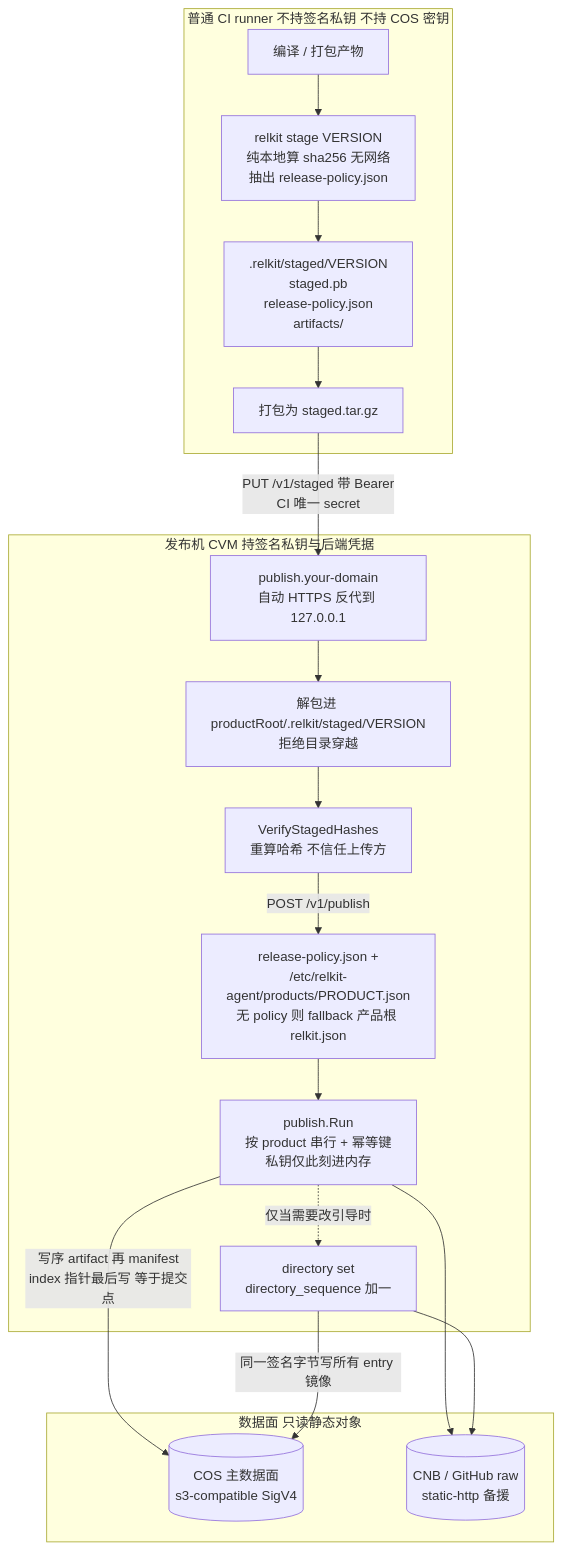
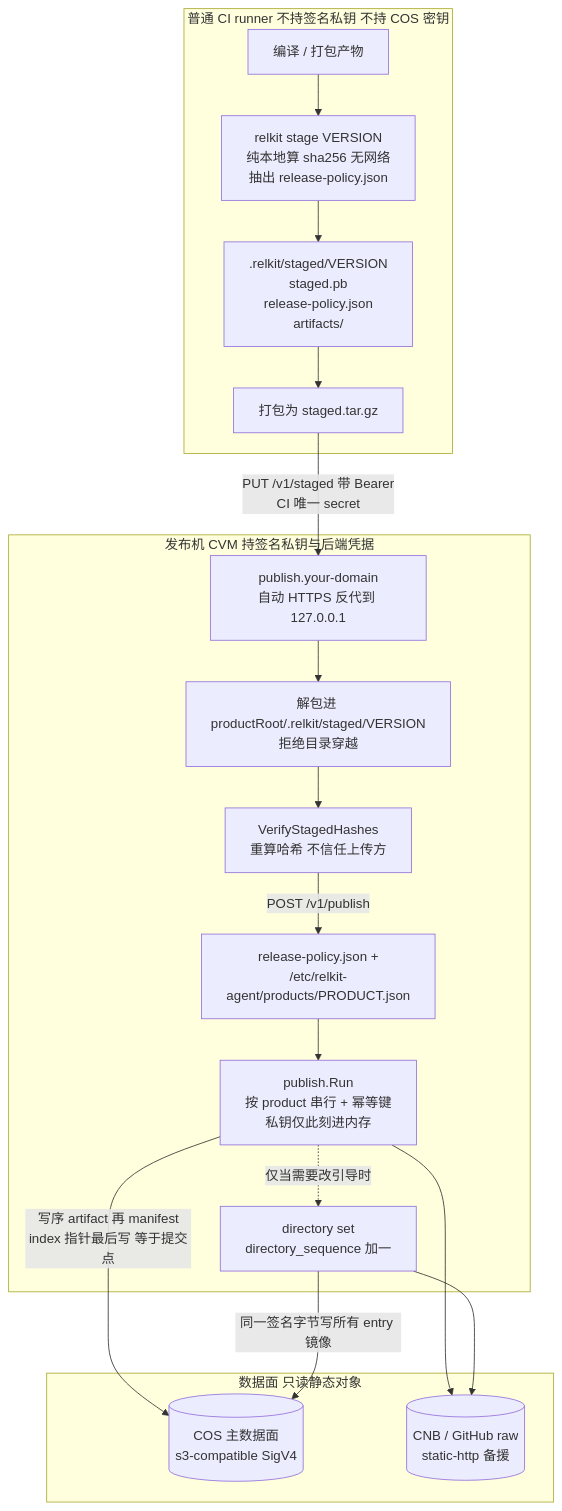
One commit to shichao402/relkit changed the first of 2 diagrams in docs/design/update-ingress-cos.md. Above: the diagram before and after it, drawn with Mermaid. The commit also changed other lines of this file and 9 other files, not shown here.

First line of the commit message:
fix(agent): require staged policy and drop product-root fallback

````diff
--- a/docs/design/update-ingress-cos.md
+++ b/docs/design/update-ingress-cos.md
@@ -79,33 +79,33 @@
 ```mermaid
 flowchart TB
   subgraph ciSide [普通 CI runner 不持签名私钥 不持 COS 密钥]
     build["编译 / 打包产物"]
     stageStep["relkit stage VERSION<br/>纯本地算 sha256 无网络<br/>抽出 release-policy.json"]
     stagedDir[".relkit/staged/VERSION<br/>staged.pb<br/>release-policy.json<br/>artifacts/"]
     packStep["打包为 staged.tar.gz"]
   end
 
   subgraph agentSide [发布机 CVM 持签名私钥与后端凭据]
     ingress["publish.your-domain<br/>自动 HTTPS 反代到 127.0.0.1"]
     unpackStep["解包进 productRoot/.relkit/staged/VERSION<br/>拒绝目录穿越"]
     verifyStep["VerifyStagedHashes<br/>重算哈希 不信任上传方"]
-    mergeStep["release-policy.json +<br/>/etc/relkit-agent/products/PRODUCT.json<br/>无 policy 则 fallback 产品根 relkit.json"]
+    mergeStep["release-policy.json +<br/>/etc/relkit-agent/products/PRODUCT.json"]
     publishStep["publish.Run<br/>按 product 串行 + 幂等键<br/>私钥仅此刻进内存"]
     directoryStep["directory set<br/>directory_sequence 加一"]
   end
 
   subgraph dataPlane [数据面 只读静态对象]
     cosBucket[("COS 主数据面<br/>s3-compatible SigV4")]
     mirrorRepo[("CNB / GitHub raw<br/>static-http 备援")]
   end
 
   build --> stageStep --> stagedDir --> packStep
   packStep -->|"PUT /v1/staged 带 Bearer<br/>CI 唯一 secret"| ingress
   ingress --> unpackStep --> verifyStep
   verifyStep -->|"POST /v1/publish"| mergeStep --> publishStep
   publishStep -->|"写序 artifact 再 manifest<br/>index 指针最后写 等于提交点"| cosBucket
   publishStep --> mirrorRepo
   publishStep -.->|"仅当需要改引导时"| directoryStep
   directoryStep -->|"同一签名字节写所有 entry 镜像"| cosBucket
   directoryStep --> mirrorRepo
 ```
````
